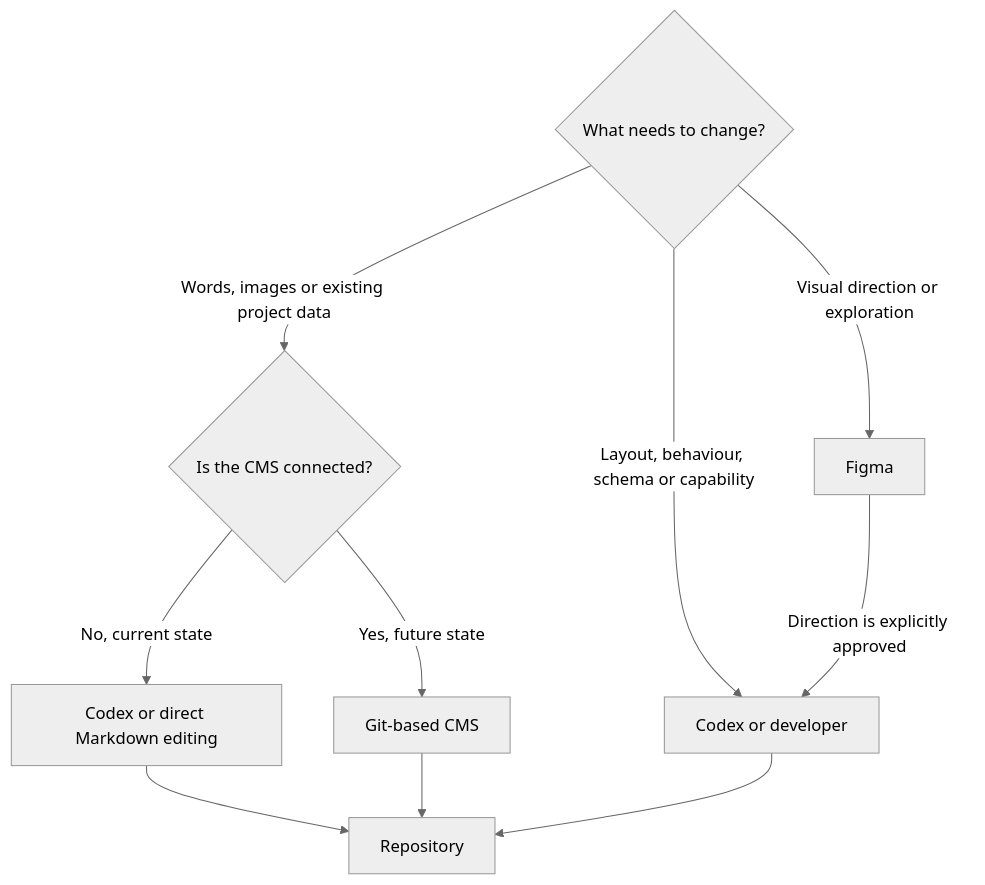
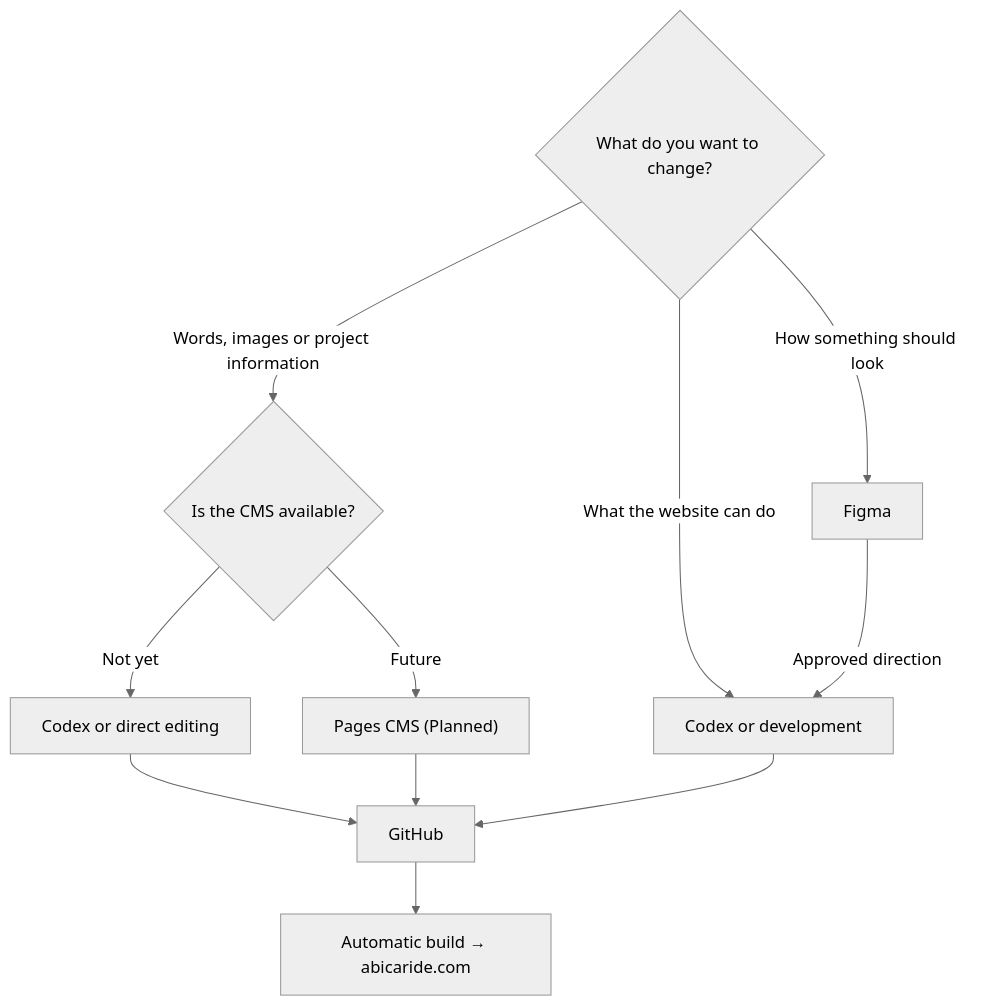
One commit to abicaride/abicaride.com changed the first of 6 diagrams in docs/WORKFLOW.md. Above: the diagram before and after it, drawn with Mermaid (neutral theme). The commit also changed other lines of this file and 10 other files, not shown here.

Commit message:
docs: document architecture and workflows

````diff
--- a/docs/WORKFLOW.md
+++ b/docs/WORKFLOW.md
@@ -91,13 +38,14 @@
 ```mermaid
 flowchart TD
-    START{"What needs to change?"}
-    START -->|"Words, images or existing project data"| CONTENT{"Is the CMS connected?"}
-    CONTENT -->|"No, current state"| DIRECT["Codex or direct Markdown editing"]
-    CONTENT -->|"Yes, future state"| CMS["Git-based CMS"]
-    START -->|"Visual direction or exploration"| FIGMA["Figma"]
-    START -->|"Layout, behaviour, schema or capability"| CODEX["Codex or developer"]
-    FIGMA -->|"Direction is explicitly approved"| CODEX
-    DIRECT --> REPO["Repository"]
-    CMS --> REPO
-    CODEX --> REPO
+    Q{"What do you want to change?"}
+    Q -->|"Words, images or project information"| CONTENT{"Is the CMS available?"}
+    CONTENT -->|"Not yet"| DIRECT["Codex or direct editing"]
+    CONTENT -->|"Future"| CMS["Pages CMS (Planned)"]
+    Q -->|"How something should look"| FIGMA["Figma"]
+    Q -->|"What the website can do"| DEV["Codex or development"]
+    FIGMA -->|"Approved direction"| DEV
+    DIRECT --> GIT["GitHub"]
+    CMS --> GIT
+    DEV --> GIT
+    GIT --> SITE["Automatic build → abicaride.com"]
 ```
````
